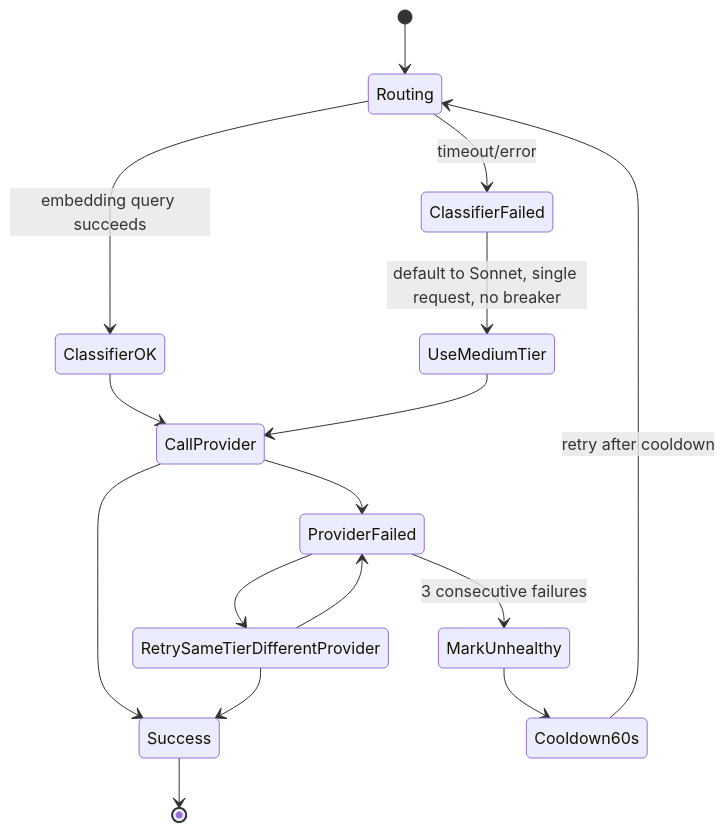
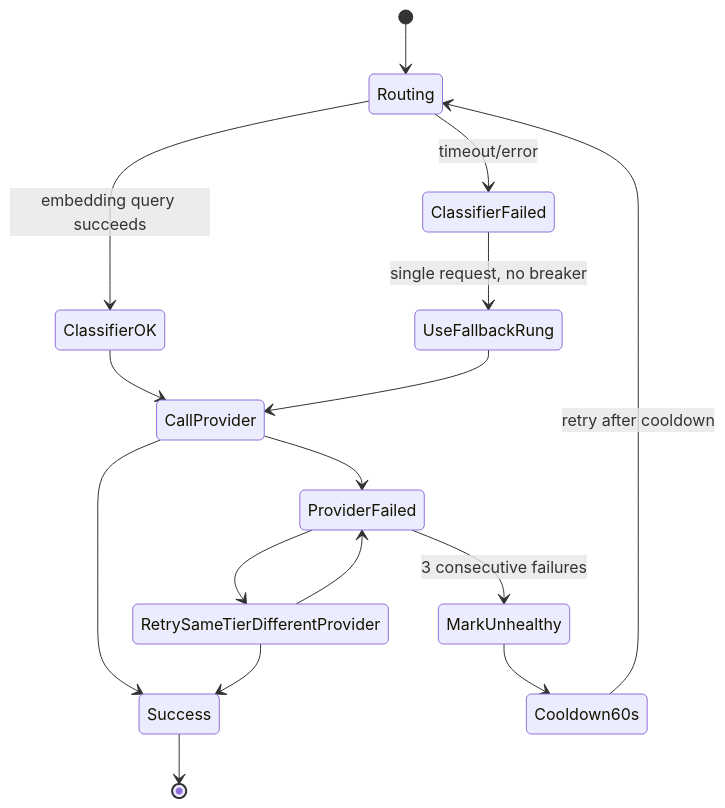
One commit to azhou555/gatoway changed the second of 2 diagrams in docs/spec.md. Above: the diagram before and after it, drawn with Mermaid. The commit also changed other lines of this file, not shown here.

First line of the commit message:
Spec v0.2: reconcile architecture spec with NRP implementation

````diff
--- a/docs/spec.md
+++ b/docs/spec.md
@@ -120,18 +131,18 @@
 ```mermaid
 stateDiagram-v2
     [*] --> Routing
     Routing --> ClassifierOK: embedding query succeeds
     Routing --> ClassifierFailed: timeout/error
-    ClassifierFailed --> UseMediumTier: default to Sonnet, single request, no breaker
+    ClassifierFailed --> UseFallbackRung: single request, no breaker
     ClassifierOK --> CallProvider
-    UseMediumTier --> CallProvider
+    UseFallbackRung --> CallProvider
     CallProvider --> Success
     CallProvider --> ProviderFailed
     ProviderFailed --> RetrySameTierDifferentProvider
     RetrySameTierDifferentProvider --> Success
     RetrySameTierDifferentProvider --> ProviderFailed
     ProviderFailed --> MarkUnhealthy: 3 consecutive failures
     MarkUnhealthy --> Cooldown60s
     Cooldown60s --> Routing: retry after cooldown
     Success --> [*]
 ```
````
